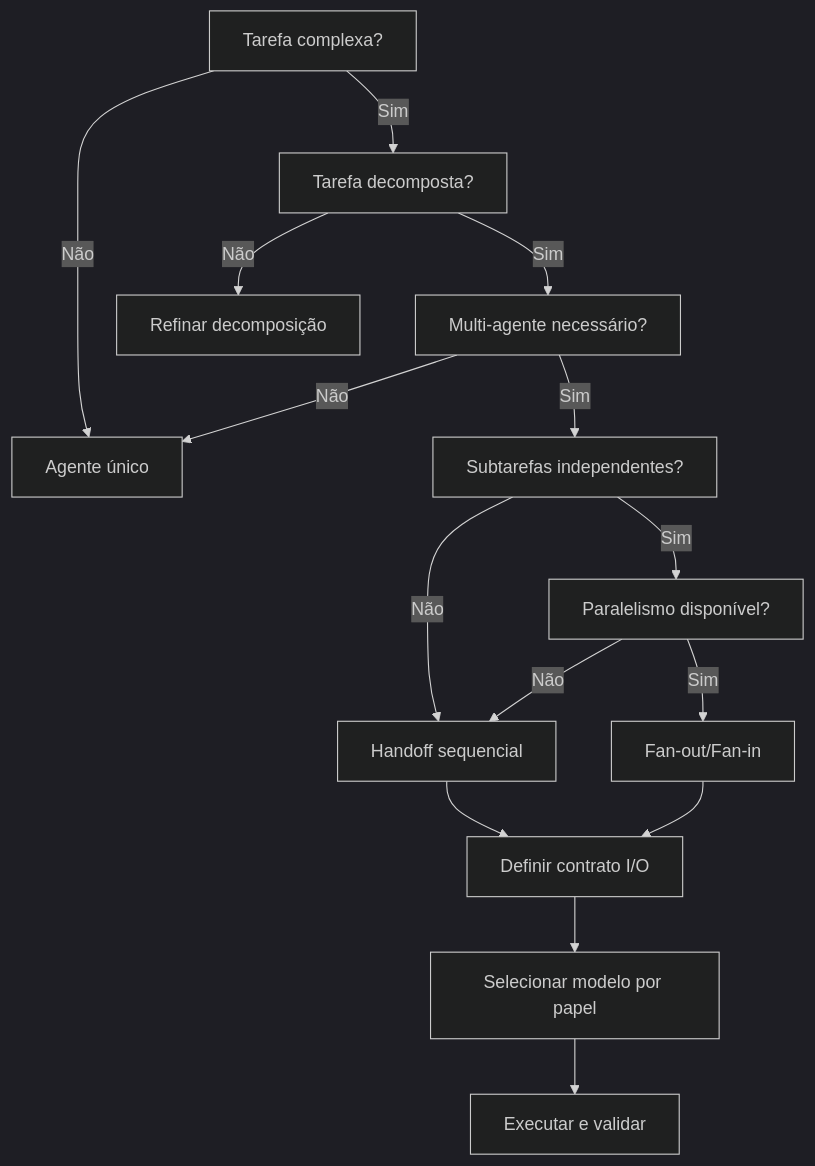
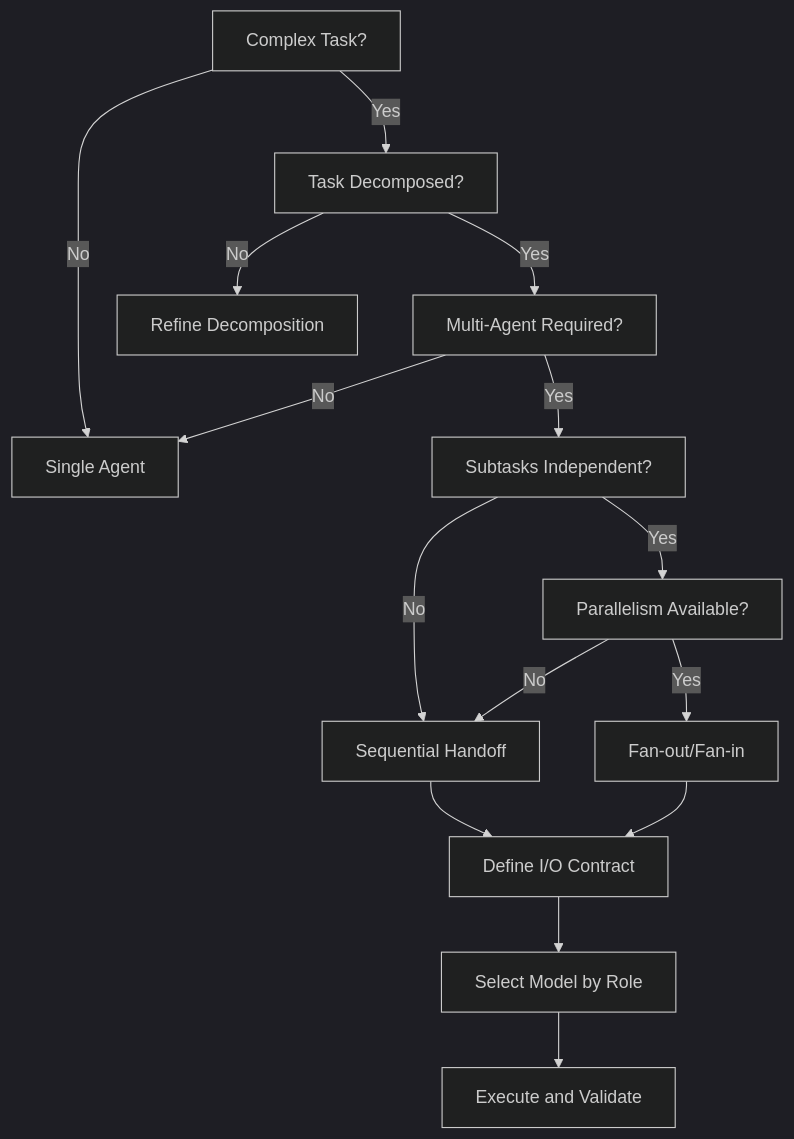
The diagram in skills/agent-orchestration/SKILL.md (lscheffel/ignite-agents-skills), drawn with Mermaid (dark theme) before and after one commit. The commit also changed other lines of this file and 1024 other files, not shown here.

````diff
--- a/skills/agent-orchestration/SKILL.md
+++ b/skills/agent-orchestration/SKILL.md
@@ -35,17 +45,17 @@
 ```mermaid
 graph TD
-    A[Tarefa complexa?] -->|Não| B[Agente único]
-    A -->|Sim| C[Tarefa decomposta?]
-    C -->|Não| D[Refinar decomposição]
-    C -->|Sim| E[Multi-agente necessário?]
-    E -->|Não| B
-    E -->|Sim| F[Subtarefas independentes?]
-    F -->|Não| G[Handoff sequencial]
-    F -->|Sim| H[Paralelismo disponível?]
-    H -->|Não| G
-    H -->|Sim| I[Fan-out/Fan-in]
-    G --> J[Definir contrato I/O]
+    A[Complex Task?] -->|No| B[Single Agent]
+    A -->|Yes| C[Task Decomposed?]
+    C -->|No| D[Refine Decomposition]
+    C -->|Yes| E[Multi-Agent Required?]
+    E -->|No| B
+    E -->|Yes| F[Subtasks Independent?]
+    F -->|No| G[Sequential Handoff]
+    F -->|Yes| H[Parallelism Available?]
+    H -->|No| G
+    H -->|Yes| I[Fan-out/Fan-in]
+    G --> J[Define I/O Contract]
     I --> J
-    J --> K[Selecionar modelo por papel]
-    K --> L[Executar e validar]
+    J --> K[Select Model by Role]
+    K --> L[Execute and Validate]
 ```
````
